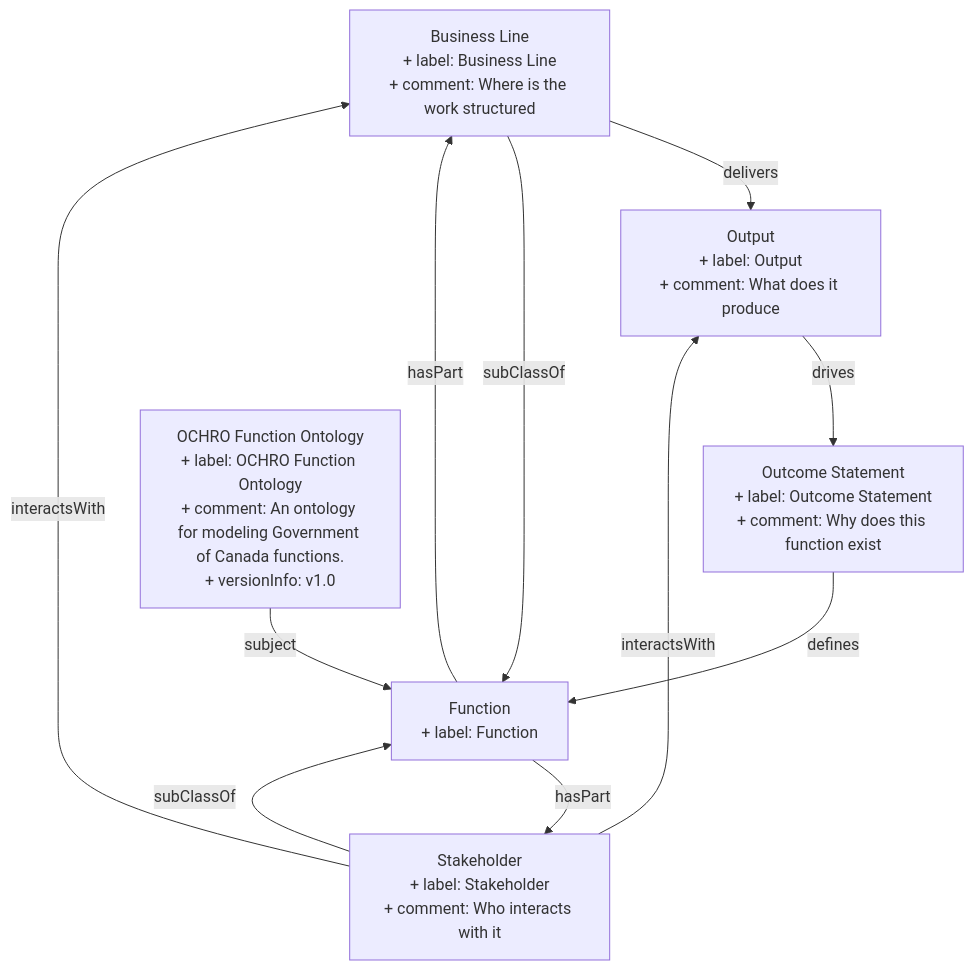
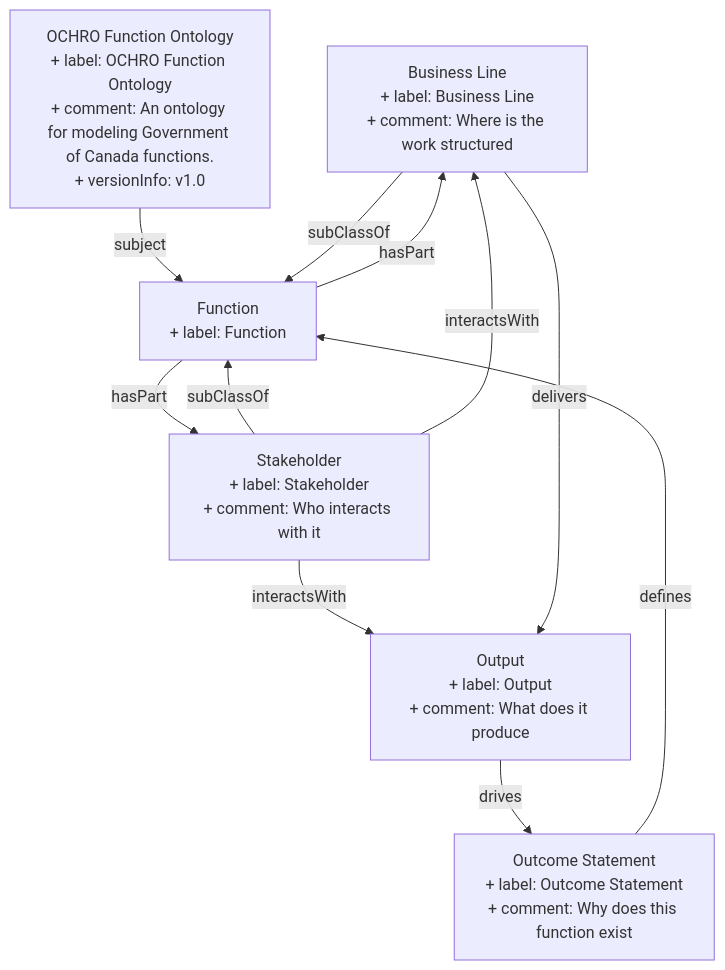
Before and after one commit to heidingaway/heidi2: the diagram in content/business_line.md, drawn with Mermaid. The commit also changed other lines of this file and 372 other files, not shown here.

````diff
--- a/content/business_line.md
+++ b/content/business_line.md
@@ -29,19 +29,19 @@
 ```mermaid
 graph TD
   Business_Line["Business Line<br>+ label: Business Line<br>+ comment: Where is the work structured"]:::current-page-node
   Function["Function<br>+ label: Function"]
   Output["Output<br>+ label: Output<br>+ comment: What does it produce"]
   Stakeholder["Stakeholder<br>+ label: Stakeholder<br>+ comment: Who interacts with it"]
   Outcome_Statement["Outcome Statement<br>+ label: Outcome Statement<br>+ comment: Why does this function exist"]
   OCHRO_Function_Ontology["OCHRO Function Ontology<br>+ label: OCHRO Function Ontology<br>+ comment: An ontology for modeling Government of Canada functions.<br>+ versionInfo: v1.0"]
+  Output-->|" drives "|Outcome_Statement
+  Stakeholder-->|" subClassOf "|Function
+  Function-->|" hasPart "|Business_Line
+  Stakeholder-->|" interactsWith "|Output
   Stakeholder-->|" interactsWith "|Business_Line
+  Outcome_Statement-->|" defines "|Function
+  OCHRO_Function_Ontology-->|" subject "|Function
+  Function-->|" hasPart "|Stakeholder
+  Business_Line-->|" subClassOf "|Function
   Business_Line-->|" delivers "|Output
-  OCHRO_Function_Ontology-->|" subject "|Function
-  Function-->|" hasPart "|Business_Line
-  Stakeholder-->|" subClassOf "|Function
-  Function-->|" hasPart "|Stakeholder
-  Outcome_Statement-->|" defines "|Function
-  Stakeholder-->|" interactsWith "|Output
-  Output-->|" drives "|Outcome_Statement
-  Business_Line-->|" subClassOf "|Function
 ```
````
